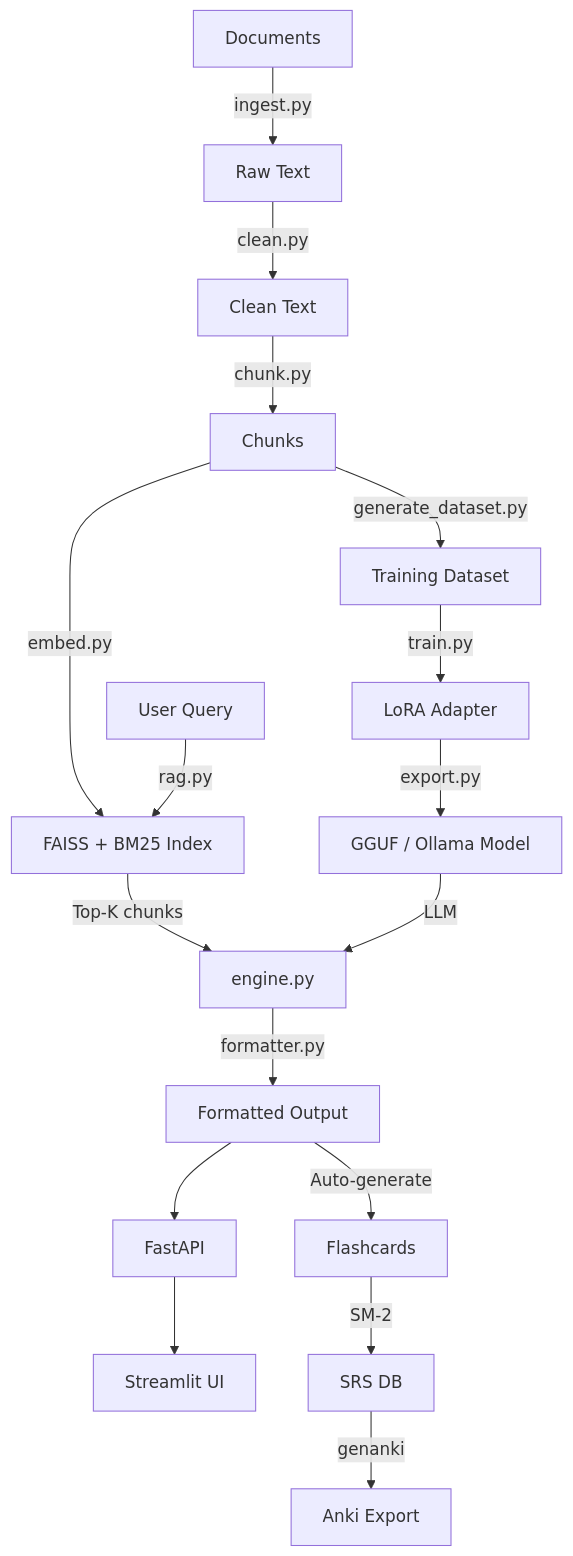
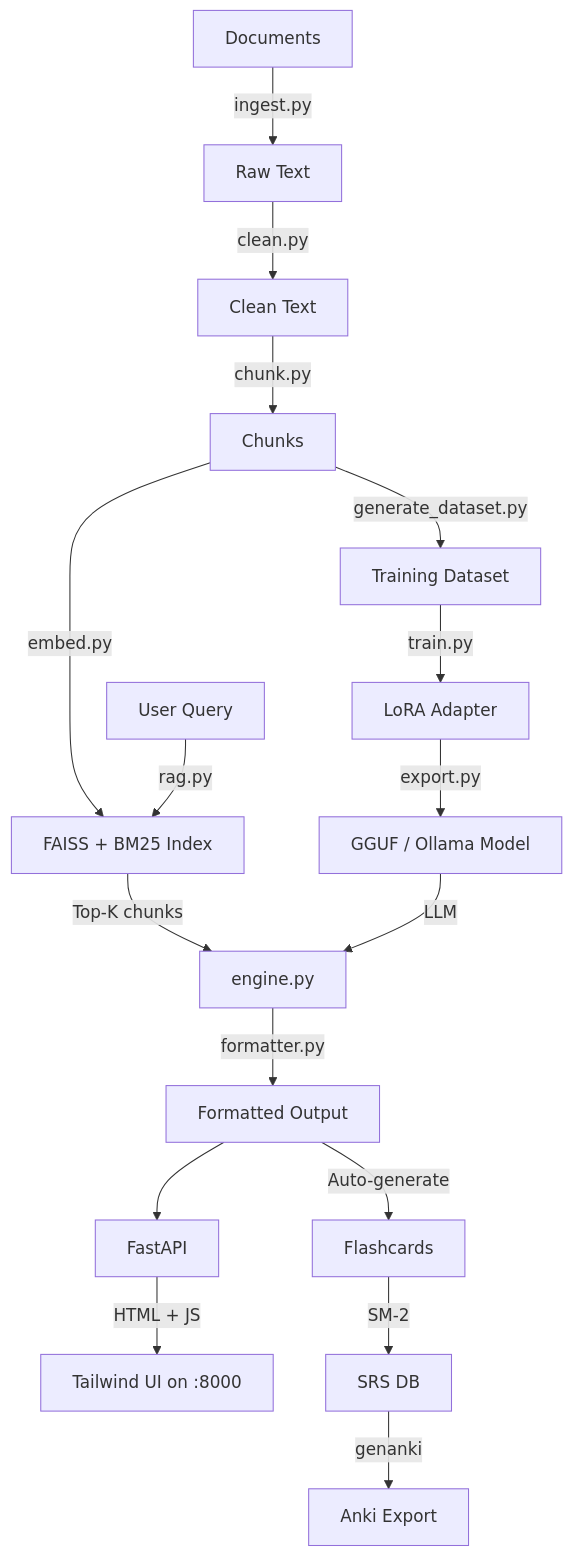
The diagram in README.md (bhavy09112/study-companion), drawn with Mermaid before and after one commit. The commit also changed other lines of this file and 27 other files, not shown here.

````diff
--- a/README.md
+++ b/README.md
@@ -164,22 +225,22 @@
 ```mermaid
 graph TD
     A[Documents] -->|ingest.py| B[Raw Text]
     B -->|clean.py| C[Clean Text]
     C -->|chunk.py| D[Chunks]
     D -->|embed.py| E[FAISS + BM25 Index]
     D -->|generate_dataset.py| F[Training Dataset]
     F -->|train.py| G[LoRA Adapter]
     G -->|export.py| H[GGUF / Ollama Model]
 
     I[User Query] -->|rag.py| E
     E -->|Top-K chunks| J[engine.py]
     H -->|LLM| J
     J -->|formatter.py| K[Formatted Output]
 
     K --> L[FastAPI]
-    L --> M[Streamlit UI]
+    L -->|HTML + JS| M[Tailwind UI on :8000]
 
     K -->|Auto-generate| N[Flashcards]
     N -->|SM-2| O[SRS DB]
     O -->|genanki| P[Anki Export]
 ```
````
